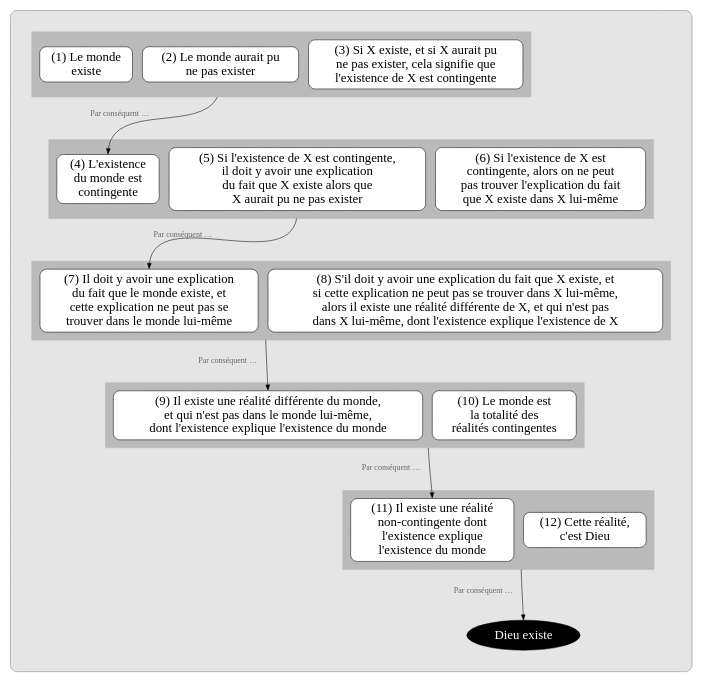
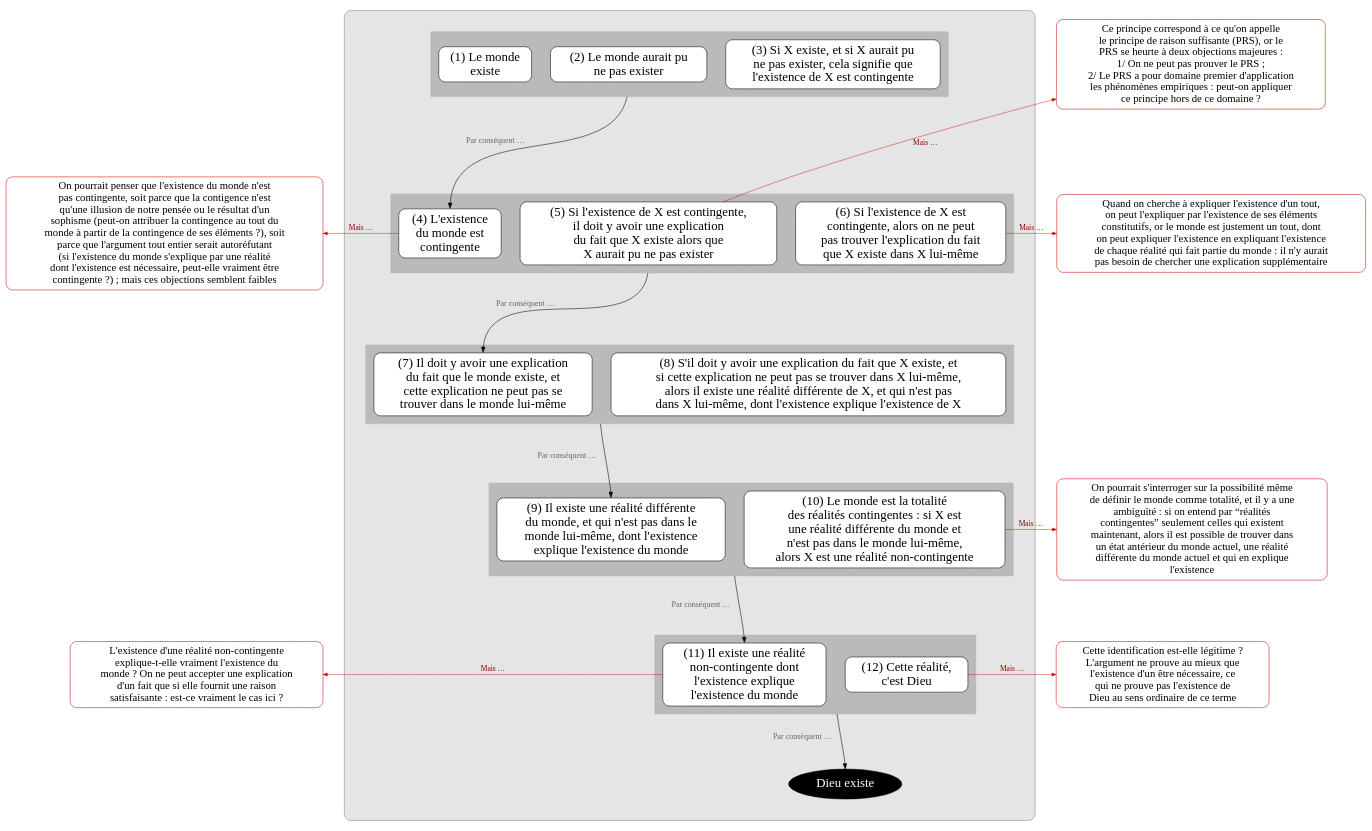
Before and after one commit to eyssette/graphviz-examples: the diagram in argument/argument-cosmologique1.dot, drawn with Graphviz.

```diff
--- a/argument/argument-cosmologique1.dot
+++ b/argument/argument-cosmologique1.dot
@@ -1,138 +1,188 @@
 digraph G {
 splines=true
 newrank=true
 compound=true
 
 
-node[color=red3, style="rounded, filled", shape="box", fillcolor=white, penwidth=1, fontcolor=black, fontsize=16, margin=0.1]
+node[color=red3, style="rounded, filled", shape="box", fillcolor=white, penwidth=1, fontcolor=black, fontsize=20, margin=0.1]
+o1[label="On pourrait penser que l'existence du monde n'est
+pas contingente, soit parce que la contigence n'est
+qu'une illusion de notre pensée ou le résultat d'un
+sophisme (peut-on attribuer la contingence au tout du
+monde à partir de la contingence de ses éléments ?), soit
+parce que l'argument tout entier serait autoréfutant
+(si l'existence du monde s'explique par une réalité
+dont l'existence est nécessaire, peut-elle vraiment être
+contingente ?) ; mais ces objections semblent faibles"]
 
+o11[label="L'existence d'une réalité non-contingente
+explique-t-elle vraiment l'existence du
+monde ? On ne peut accepter une explication
+d'un fait que si elle fournit une raison
+satisfaisante : est-ce vraiment le cas ici ?"]
 
 node[shape=box, fillcolor=white, style="filled,rounded", color=black, fontsize=24, penwidth=1,fontcolor=black, margin=0.1]
-edge[minlen=2,color=red3, penwidth=0.8, arrowsize=0.8, label=" Mais …", fontcolor=red4,fontsize=12]
-//{rank=same;o1->p1[dir=back]}
+edge[minlen=2,color=red3, penwidth=0.8, arrowsize=0.8, label=" Mais …", fontcolor=red4,fontsize=14]
+{rank=same;o1->p4[dir=back]}
+{rank=same;o11->p11[dir=back]}
 
 
 subgraph cluster_0 {
 bgcolor=grey90
 style=rounded
 color=grey50
 margin=40
 
 
 
 node[shape=box, fillcolor=white, style="filled,rounded", color=black]
 edge[label="",xlabel="Par conséquent … ",fontcolor=grey40;fontsize=15,minlen=3,color=black,penwidth=1, arrowsize=1]
 
 
 
 subgraph cluster_1 {
 style="box"
 margin=15
 bgcolor=grey73
 color=grey73
 
 p1[label="(1) Le monde
 existe"]
 p2[label="(2) Le monde aurait pu
 ne pas exister"]
 p3[label="(3) Si X existe, et si X aurait pu
 ne pas exister, cela signifie que
 l'existence de X est contingente"]
 }
 
 
 {rank=same;p1->p2->p3[style=invis,xlabel="",minlen=1]}
 
 //p2:s->p3:n[ltail=cluster_1]
 //p2:w->p3:n[ltail=cluster_1]
 //p3[label="(3) Lemme 1"]
 
 p2:s->p4:n[ltail=cluster_1]
 
 subgraph cluster_2 {
 style="box"
 margin=15
 bgcolor=grey73
 color=grey73
 
 p4[label="(4) L'existence
 du monde est
 contingente"]
 
 p5[label="(5) Si l'existence de X est contingente,
 il doit y avoir une explication
 du fait que X existe alors que
 X aurait pu ne pas exister"]
 
 p6[label="(6) Si l'existence de X est
 contingente, alors on ne peut
 pas trouver l'explication du fait
 que X existe dans X lui-même"]
 }
 {rank=same;p4->p5->p6[style=invis,xlabel="",minlen=1]}
 
 p5:s->p7:n[ltail=cluster_2]
 
 
 subgraph cluster_3 {
 style="box"
 margin=15
 bgcolor=grey73
 color=grey73
 p7[label="(7) Il doit y avoir une explication
 du fait que le monde existe, et
 cette explication ne peut pas se
 trouver dans le monde lui-même"]
 
 p8[label="(8) S'il doit y avoir une explication du fait que X existe, et
 si cette explication ne peut pas se trouver dans X lui-même,
 alors il existe une réalité différente de X, et qui n'est pas
 dans X lui-même, dont l'existence explique l'existence de X"]
 }
 {rank=same;p7->p8[style=invis,xlabel="",minlen=1]}
 
 p8:w->p9:n[ltail=cluster_3]
 
 
 subgraph cluster_4 {
 style="box"
 margin=15
 bgcolor=grey73
 color=grey73
-p9[label="(9) Il existe une réalité différente du monde,
-et qui n'est pas dans le monde lui-même,
-dont l'existence explique l'existence du monde"]
-p10[label="(10) Le monde est
-la totalité des
-réalités contingentes"]
+p9[label="(9) Il existe une réalité différente
+du monde, et qui n'est pas dans le
+monde lui-même, dont l'existence
+explique l'existence du monde"]
+p10[label="(10) Le monde est la totalité
+des réalités contingentes : si X est
+une réalité différente du monde et
+n'est pas dans le monde lui-même,
+alors X est une réalité non-contingente"]
 }
 {rank=same;p9->p10[style=invis,xlabel="",minlen=1]}
 
 p10:w->p11:n[ltail=cluster_4]
 
 subgraph cluster_5 {
 style="box"
 margin=15
 bgcolor=grey73
 color=grey73
 p11[label="(11) Il existe une réalité
 non-contingente dont
 l'existence explique
 l'existence du monde"]
 p12[label="(12) Cette réalité,
 c'est Dieu"]
 }
 {rank=same;p11->p12[style=invis,xlabel="",minlen=1]}
 
 p12:w->C:n[ltail=cluster_5]
 
 C[label="Dieu existe",fillcolor=black, fontcolor=white, color=black, shape=ellipse]
 
 
 }
 
-node[color=red3, style="rounded, filled", shape="box", fillcolor=white, penwidth=1, fontcolor=black, fontsize=16, margin=0.1]
+node[color=red3, style="rounded, filled", shape="box", fillcolor=white, penwidth=1, fontcolor=black, fontsize=20, margin=0.1]
+o5[label="Ce principe correspond à ce qu'on appelle
+le principe de raison suffisante (PRS), or le
+PRS se heurte à deux objections majeures : 
+1/ On ne peut pas prouver le PRS ;
+2/ Le PRS a pour domaine premier d'application
+les phénomènes empiriques : peut-on appliquer
+ce principe hors de ce domaine ?"]
+o5->p5[dir=back]
+{rank=same;p3->o5[style=invis]}
+o6[label="Quand on cherche à expliquer l'existence d'un tout,
+on peut l'expliquer par l'existence de ses éléments
+constitutifs, or le monde est justement un tout, dont
+on peut expliquer l'existence en expliquant l'existence
+de chaque réalité qui fait partie du monde : il n'y aurait
+pas besoin de chercher une explication supplémentaire"]
+{rank=same;p6->o6}
 
-//{rank=same;p4->o2}
+o10[label="On pourrait s'interroger sur la possibilité même
+de définir le monde comme totalité, et il y a une
+ambiguïté : si on entend par “réalités
+contingentes” seulement celles qui existent
+maintenant, alors il est possible de trouver dans
+un état antérieur du monde actuel, une réalité
+différente du monde actuel et qui en explique
+l'existence"]
+{rank=same;p10->o10}
+
+o12[label="Cette identification est-elle légitime ?
+L'argument ne prouve au mieux que
+l'existence d'un être nécessaire, ce
+qui ne prouve pas l'existence de
+Dieu au sens ordinaire de ce terme"]
+{rank=same;p12->o12}
+
 
 }
```
